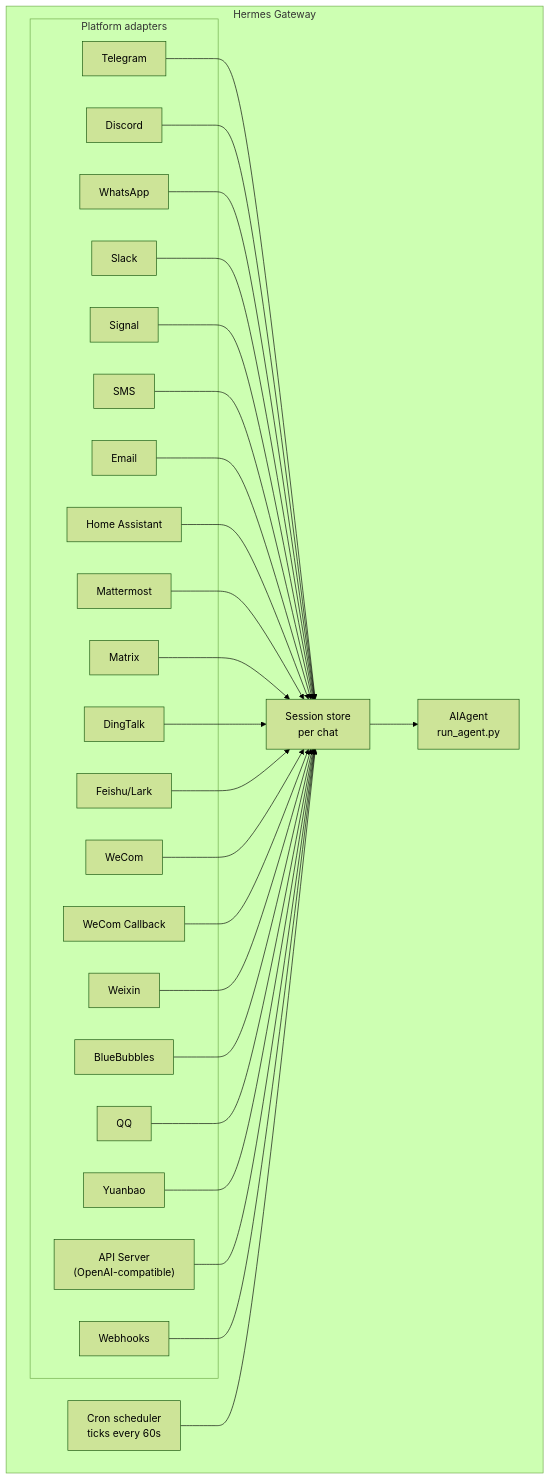
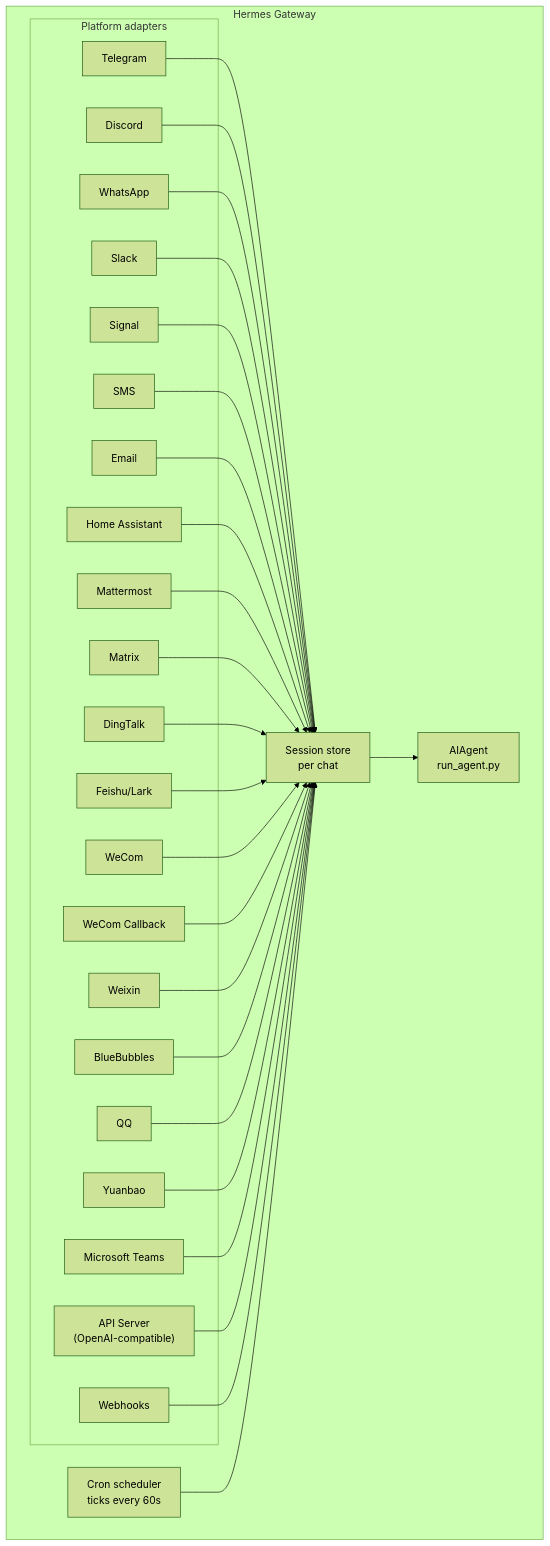
Before and after one commit to carterwayneskhizeine/hermes-agent-windows-R: the diagram in website/docs/user-guide/messaging/index.md, drawn with Mermaid (forest theme). The commit also changed other lines of this file and 713 other files, not shown here.

````diff
--- a/website/docs/user-guide/messaging/index.md
+++ b/website/docs/user-guide/messaging/index.md
@@ -40,54 +41,56 @@
 ```mermaid
 flowchart TB
     subgraph Gateway["Hermes Gateway"]
         subgraph Adapters["Platform adapters"]
             tg[Telegram]
             dc[Discord]
             wa[WhatsApp]
             sl[Slack]
             sig[Signal]
             sms[SMS]
             em[Email]
             ha[Home Assistant]
             mm[Mattermost]
             mx[Matrix]
             dt[DingTalk]
     fs[Feishu/Lark]
     wc[WeCom]
     wcb[WeCom Callback]
     wx[Weixin]
     bb[BlueBubbles]
     qq[QQ]
     yb[Yuanbao]
-            api["API Server<br/>(OpenAI-compatible)"]
-            wh[Webhooks]
+    ms[Microsoft Teams]
+    api["API Server<br/>(OpenAI-compatible)"]
+    wh[Webhooks]
         end
 
         store["Session store<br/>per chat"]
         agent["AIAgent<br/>run_agent.py"]
         cron["Cron scheduler<br/>ticks every 60s"]
     end
 
     tg --> store
     dc --> store
     wa --> store
     sl --> store
     sig --> store
     sms --> store
     em --> store
     ha --> store
     mm --> store
     mx --> store
     dt --> store
     fs --> store
     wc --> store
     wcb --> store
     wx --> store
     bb --> store
     qq --> store
     yb --> store
+    ms --> store
     api --> store
     wh --> store
     store --> agent
     cron --> store
 ```
````
